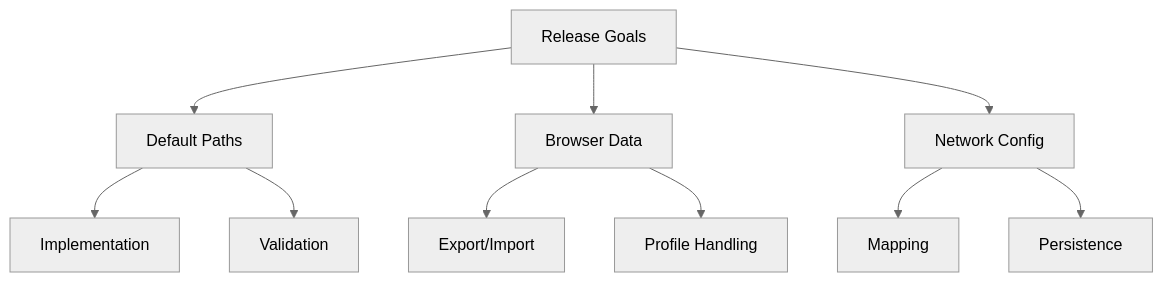
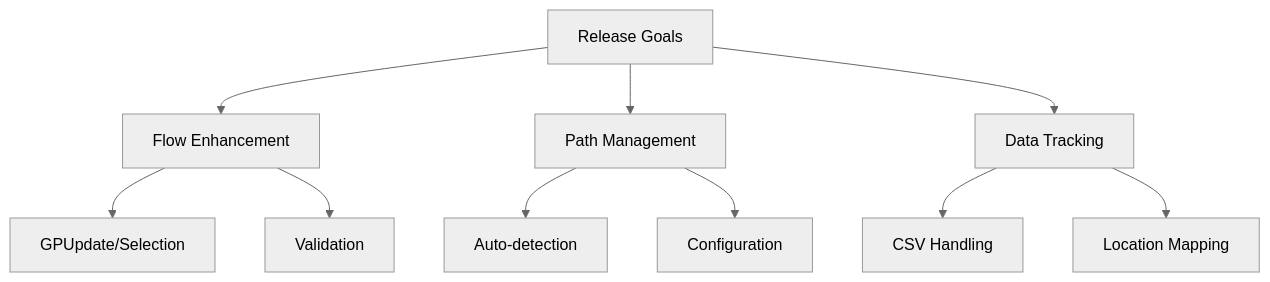
One commit to amcodin/Powershell_EQL changed the third of 3 diagrams in memory-bank/progress.md. Above: the diagram before and after it, drawn with Mermaid (neutral theme). The commit also changed other lines of this file and 2 other files, not shown here.

````diff
--- a/memory-bank/progress.md
+++ b/memory-bank/progress.md
@@ -128,15 +123,15 @@
 ```mermaid
 graph TD
-    A[Release Goals] --> B[Default Paths]
-    A --> C[Browser Data]
-    A --> D[Network Config]
+    A[Release Goals] --> B[Flow Enhancement]
+    A --> C[Path Management]
+    A --> D[Data Tracking]
     
-    B --> E[Implementation]
+    B --> E[GPUpdate/Selection]
     B --> F[Validation]
     
-    C --> G[Export/Import]
-    C --> H[Profile Handling]
+    C --> G[Auto-detection]
+    C --> H[Configuration]
     
-    D --> I[Mapping]
-    D --> J[Persistence]
+    D --> I[CSV Handling]
+    D --> J[Location Mapping]
 ```
````
